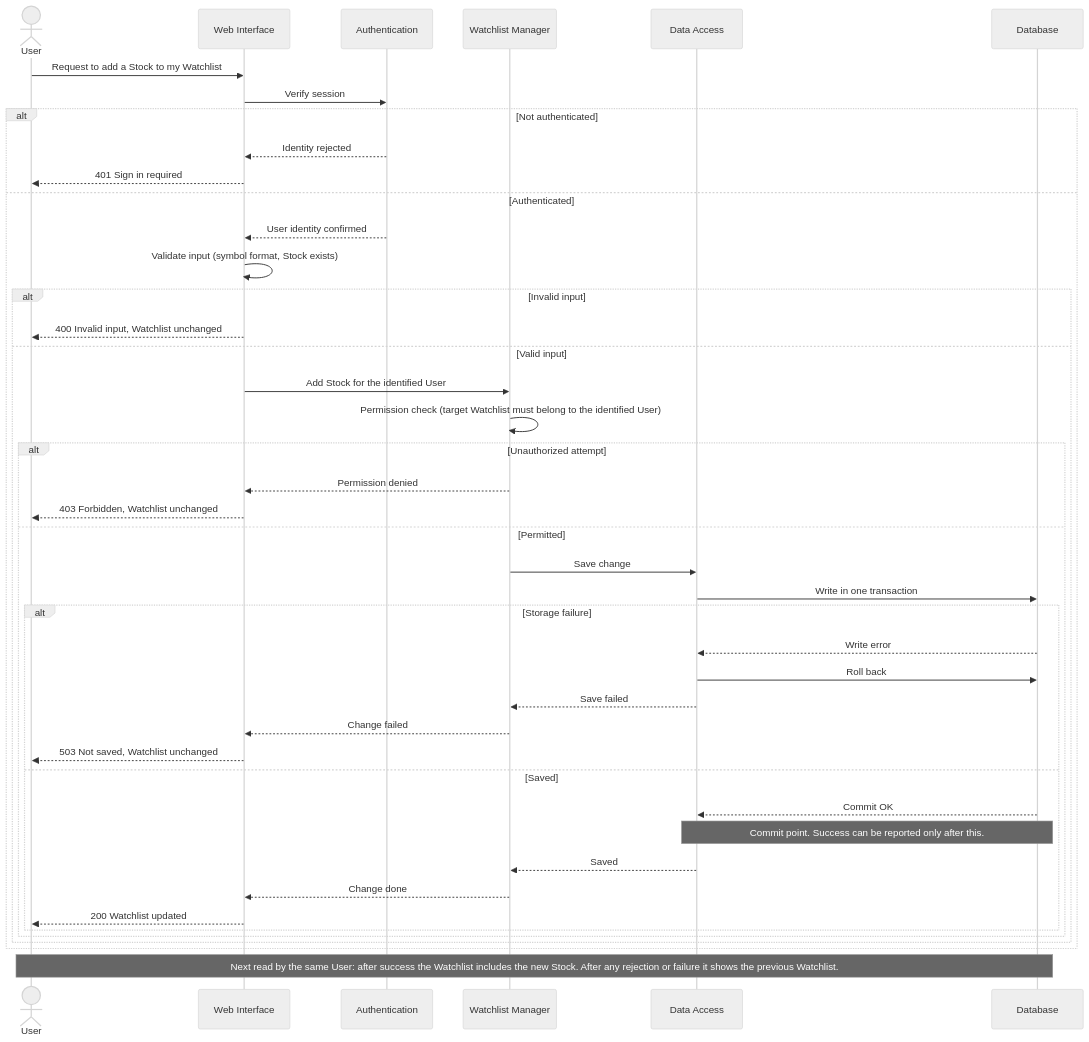
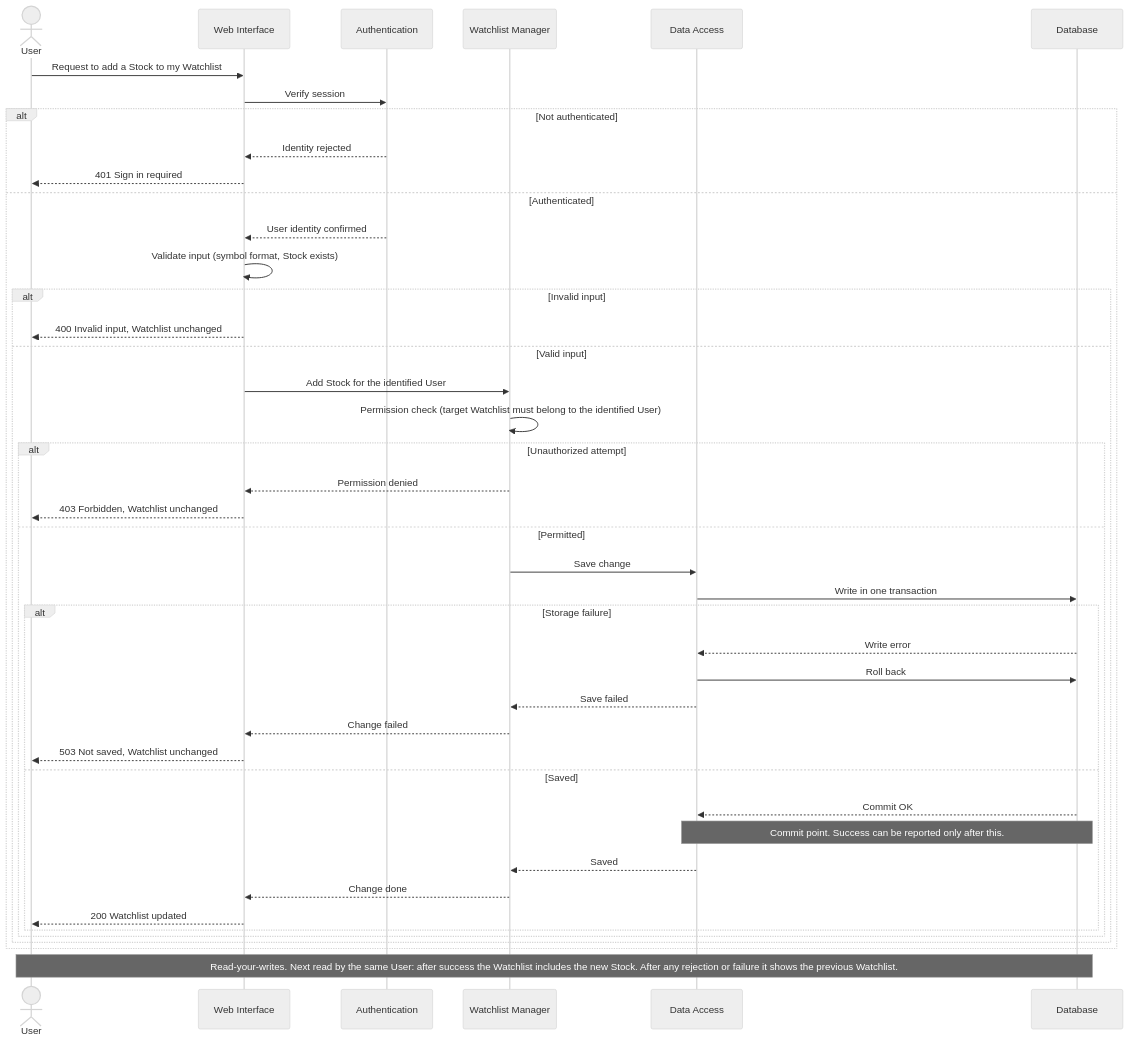
Before and after one commit to sainciucbeatricie/psi-labs: the sixth of 6 diagrams in lab3.md, drawn with Mermaid (neutral theme). The commit also changed other lines of this file, not shown here.

````diff
--- a/lab3.md
+++ b/lab3.md
@@ -212,46 +228,46 @@
 ```mermaid
 sequenceDiagram
     actor U as User
     participant W as Web Interface
     participant A as Authentication
     participant M as Watchlist Manager
     participant X as Data Access
     participant D as Database
 
     U->>W: Request to add a Stock to my Watchlist
     W->>A: Verify session
     alt Not authenticated
         A-->>W: Identity rejected
         W-->>U: 401 Sign in required
     else Authenticated
         A-->>W: User identity confirmed
         W->>W: Validate input (symbol format, Stock exists)
         alt Invalid input
             W-->>U: 400 Invalid input, Watchlist unchanged
         else Valid input
             W->>M: Add Stock for the identified User
             M->>M: Permission check (target Watchlist must belong to the identified User)
             alt Unauthorized attempt
                 M-->>W: Permission denied
                 W-->>U: 403 Forbidden, Watchlist unchanged
             else Permitted
                 M->>X: Save change
                 X->>D: Write in one transaction
                 alt Storage failure
                     D-->>X: Write error
                     X->>D: Roll back
                     X-->>M: Save failed
                     M-->>W: Change failed
                     W-->>U: 503 Not saved, Watchlist unchanged
                 else Saved
                     D-->>X: Commit OK
                     Note over X,D: Commit point. Success can be reported only after this.
                     X-->>M: Saved
                     M-->>W: Change done
                     W-->>U: 200 Watchlist updated
                 end
             end
         end
     end
-    Note over U,D: Next read by the same User: after success the Watchlist includes the new Stock. After any rejection or failure it shows the previous Watchlist.
+    Note over U,D: Read-your-writes. Next read by the same User: after success the Watchlist includes the new Stock. After any rejection or failure it shows the previous Watchlist.
 ```
````
